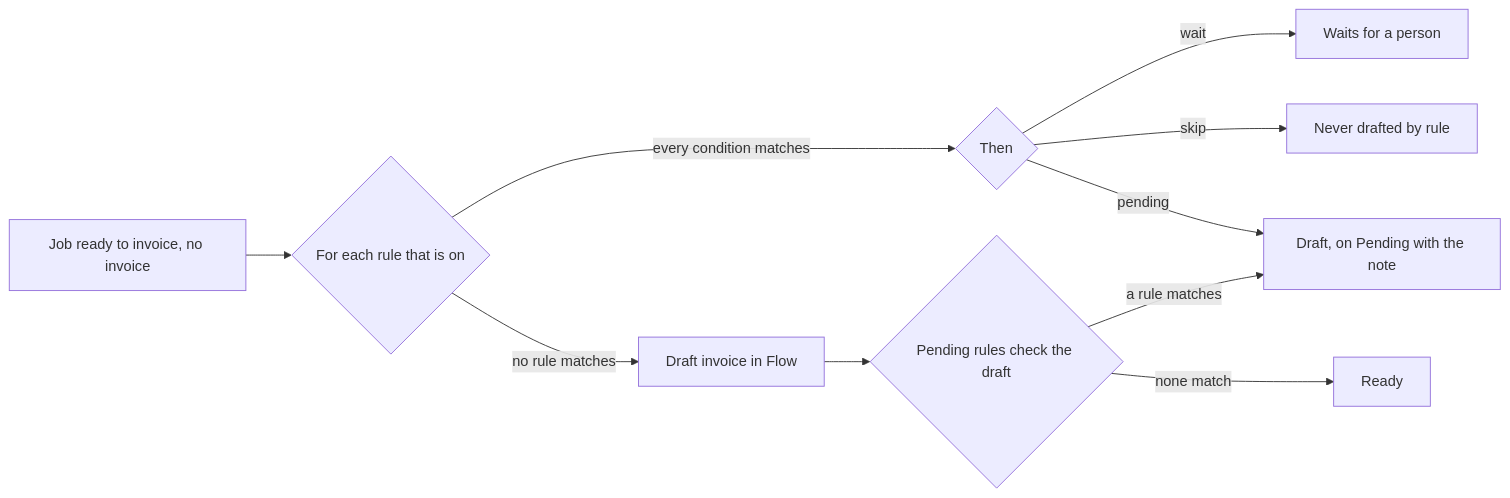
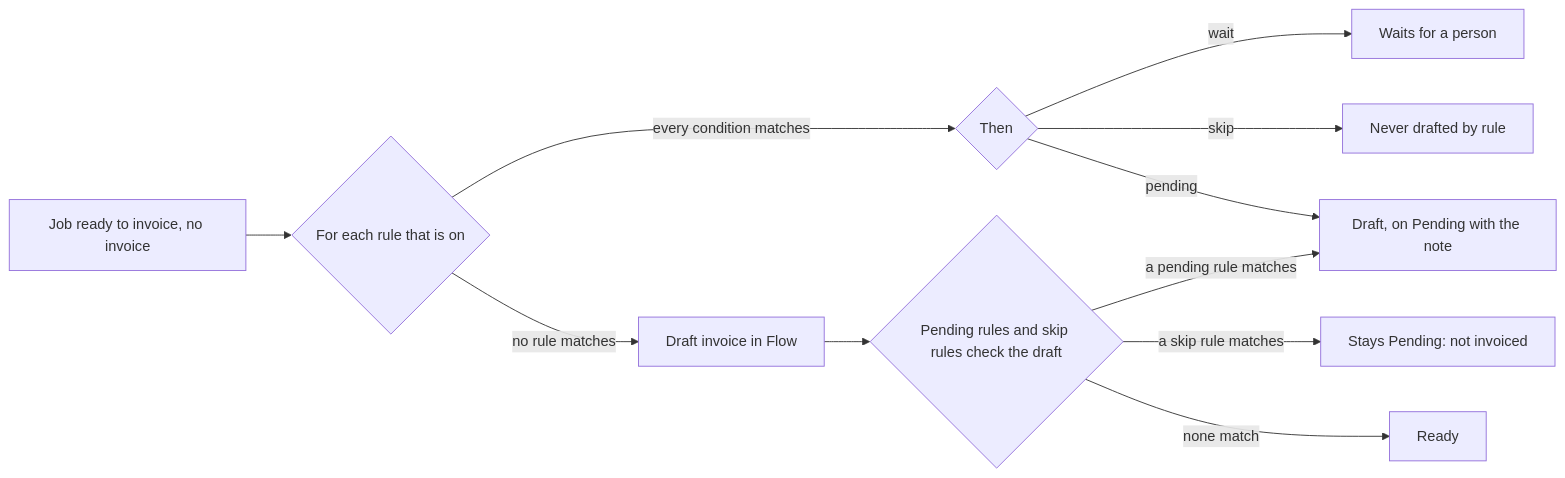
One commit to arcforgelabs/docs changed the diagram in docs/flow/INVOICE_RULES.md. Above: the diagram before and after it, drawn with Mermaid. The commit also changed other lines of this file and 3 other files, not shown here.

Commit message:
chore(sync): mirror docs from arcforgelabs/flow@3a25a5df919fd71438021b015d8b6071b5d23c25

````diff
--- a/docs/flow/INVOICE_RULES.md
+++ b/docs/flow/INVOICE_RULES.md
@@ -9,12 +9,13 @@
 ```mermaid
 flowchart LR
   ready[Job ready to invoice, no invoice] --> each{For each rule that is on}
   each -- every condition matches --> then{Then}
   then -- wait --> wait[Waits for a person]
   then -- skip --> skip[Never drafted by rule]
   then -- pending --> flagged[Draft, on Pending with the note]
   each -- no rule matches --> draft[Draft invoice in Flow]
-  draft --> check{Pending rules check the draft}
-  check -- a rule matches --> flagged
+  draft --> check{Pending rules and skip rules check the draft}
+  check -- a pending rule matches --> flagged
+  check -- a skip rule matches --> held[Stays Pending: not invoiced]
   check -- none match --> readyTab[Ready]
 ```
````
